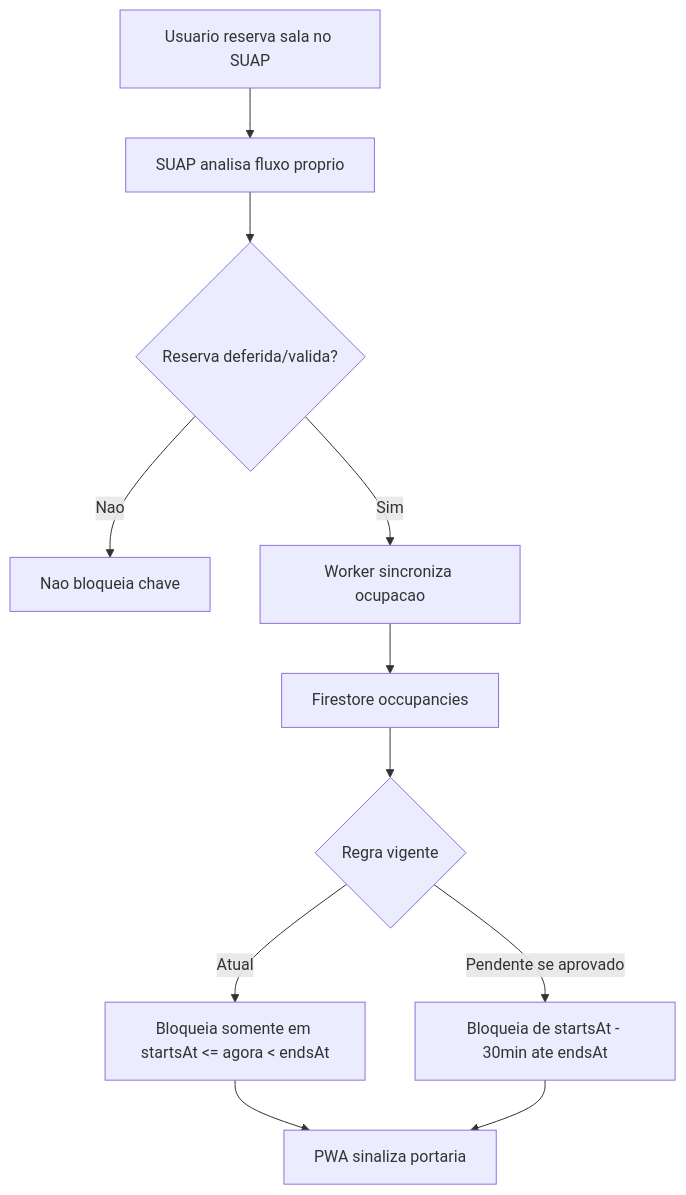
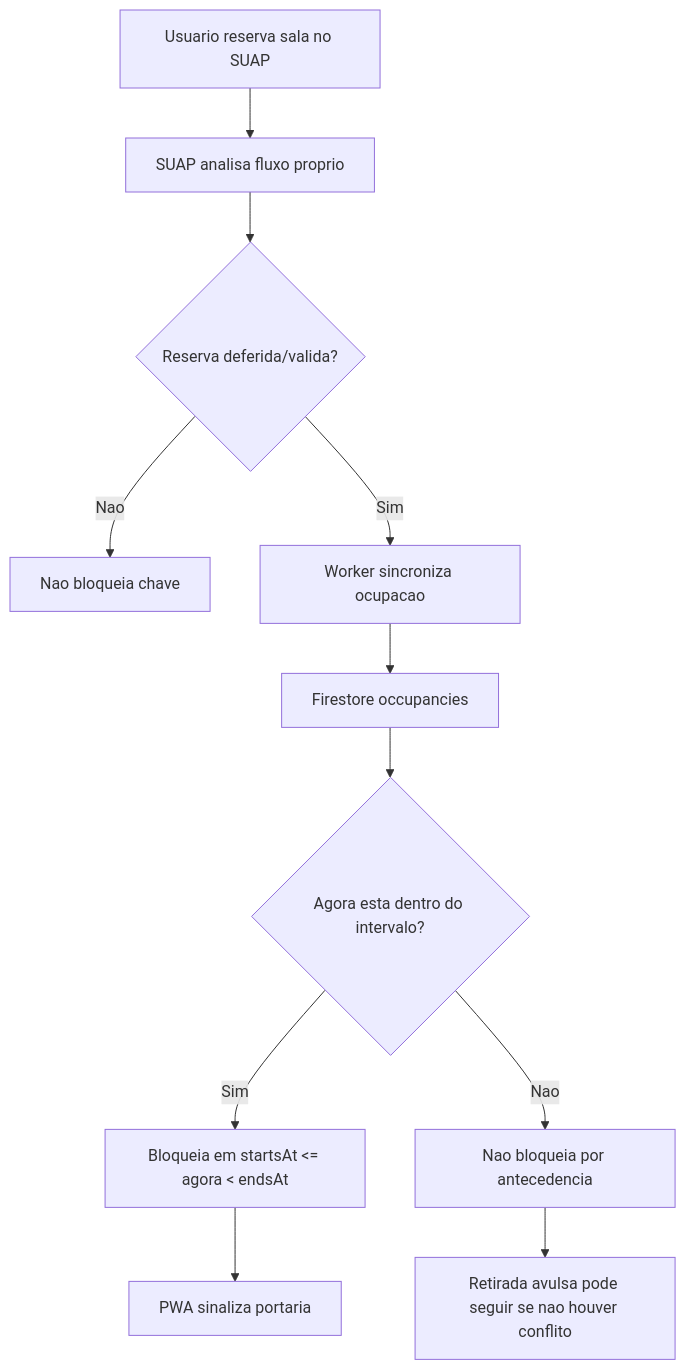
Before and after one commit to jacsonlinux/chaveiro-ifbaps: the sixth of 11 diagrams in docs/diagramas.md, drawn with Mermaid. The commit also changed other lines of this file and 3 other files, not shown here.

````diff
--- a/docs/diagramas.md
+++ b/docs/diagramas.md
@@ -132,13 +126,13 @@
 ```mermaid
 flowchart TD
     A[Usuario reserva sala no SUAP] --> B[SUAP analisa fluxo proprio]
     B --> C{Reserva deferida/valida?}
     C -->|Nao| D[Nao bloqueia chave]
     C -->|Sim| E[Worker sincroniza ocupacao]
     E --> F[Firestore occupancies]
-    F --> G{Regra vigente}
-    G -->|Atual| H["Bloqueia somente em startsAt <= agora < endsAt"]
-    G -->|Pendente se aprovado| I["Bloqueia de startsAt - 30min ate endsAt"]
+    F --> G{Agora esta dentro do intervalo?}
+    G -->|Sim| H["Bloqueia em startsAt <= agora < endsAt"]
+    G -->|Nao| I[Nao bloqueia por antecedencia]
     H --> J[PWA sinaliza portaria]
-    I --> J
+    I --> K[Retirada avulsa pode seguir se nao houver conflito]
 ```
````
